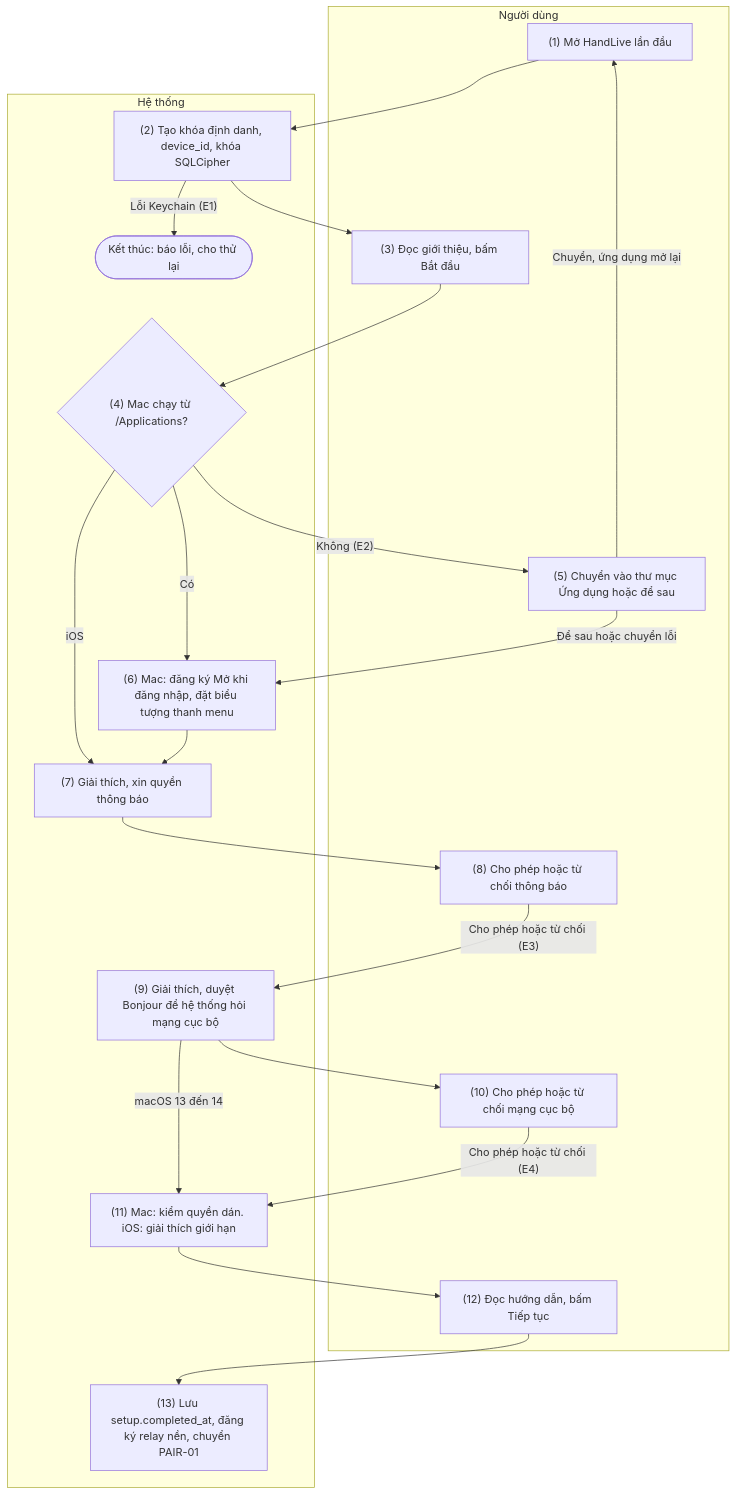
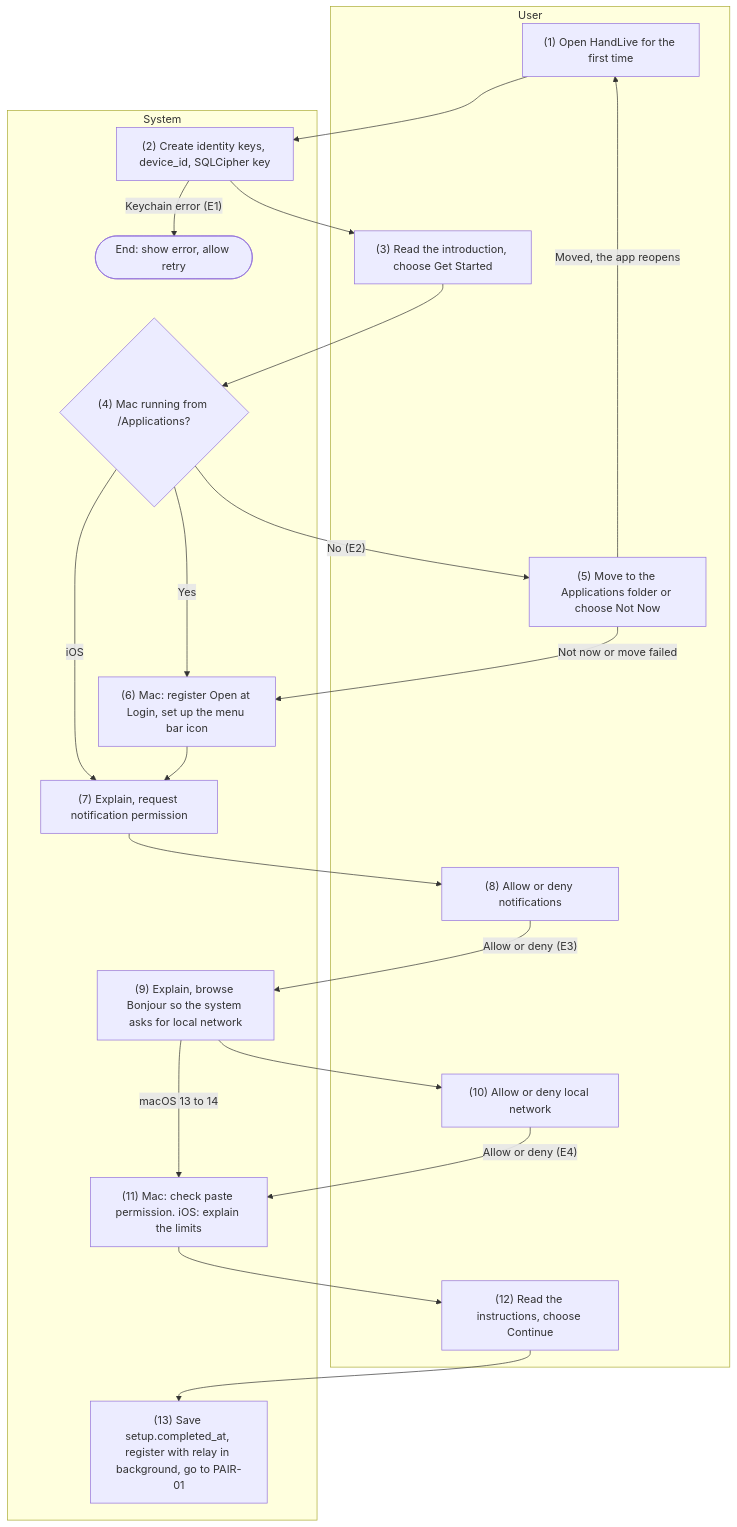
One commit to HandLive/handlive changed the third of 3 diagrams in docs/detailed-design/01-setup-settings.md. Above: the diagram before and after it, drawn with Mermaid. The commit also changed other lines of this file and 1 other file, not shown here.

Commit message:
docs: translate docs/detailed-design/01-setup-settings.md into English

````diff
--- a/docs/detailed-design/01-setup-settings.md
+++ b/docs/detailed-design/01-setup-settings.md
@@ -748,35 +773,35 @@
 ```mermaid
 flowchart TB
-  subgraph ND["Người dùng"]
-    U1["(1) Mở HandLive lần đầu"]
-    U3["(3) Đọc giới thiệu, bấm Bắt đầu"]
-    U5["(5) Chuyển vào thư mục Ứng dụng hoặc để sau"]
-    U8["(8) Cho phép hoặc từ chối thông báo"]
-    U10["(10) Cho phép hoặc từ chối mạng cục bộ"]
-    U12["(12) Đọc hướng dẫn, bấm Tiếp tục"]
+  subgraph ND["User"]
+    U1["(1) Open HandLive for the first time"]
+    U3["(3) Read the introduction, choose Get Started"]
+    U5["(5) Move to the Applications folder or choose Not Now"]
+    U8["(8) Allow or deny notifications"]
+    U10["(10) Allow or deny local network"]
+    U12["(12) Read the instructions, choose Continue"]
   end
-  subgraph HT["Hệ thống"]
-    S2["(2) Tạo khóa định danh, device_id, khóa SQLCipher"]
-    D4{"(4) Mac chạy từ /Applications?"}
-    S6["(6) Mac: đăng ký Mở khi đăng nhập, đặt biểu tượng thanh menu"]
-    S7["(7) Giải thích, xin quyền thông báo"]
-    S9["(9) Giải thích, duyệt Bonjour để hệ thống hỏi mạng cục bộ"]
-    S11["(11) Mac: kiểm quyền dán. iOS: giải thích giới hạn"]
-    S13["(13) Lưu setup.completed_at, đăng ký relay nền, chuyển PAIR-01"]
-    X1(["Kết thúc: báo lỗi, cho thử lại"])
+  subgraph HT["System"]
+    S2["(2) Create identity keys, device_id, SQLCipher key"]
+    D4{"(4) Mac running from /Applications?"}
+    S6["(6) Mac: register Open at Login, set up the menu bar icon"]
+    S7["(7) Explain, request notification permission"]
+    S9["(9) Explain, browse Bonjour so the system asks for local network"]
+    S11["(11) Mac: check paste permission. iOS: explain the limits"]
+    S13["(13) Save setup.completed_at, register with relay in background, go to PAIR-01"]
+    X1(["End: show error, allow retry"])
   end
   U1 --> S2
-  S2 -- "Lỗi Keychain (E1)" --> X1
+  S2 -- "Keychain error (E1)" --> X1
   S2 --> U3 --> D4
-  D4 -- "Có" --> S6
-  D4 -- "Không (E2)" --> U5
+  D4 -- "Yes" --> S6
+  D4 -- "No (E2)" --> U5
   D4 -- "iOS" --> S7
-  U5 -- "Để sau hoặc chuyển lỗi" --> S6
-  U5 -- "Chuyển, ứng dụng mở lại" --> U1
+  U5 -- "Not now or move failed" --> S6
+  U5 -- "Moved, the app reopens" --> U1
   S6 --> S7 --> U8
-  U8 -- "Cho phép hoặc từ chối (E3)" --> S9
-  S9 -- "macOS 13 đến 14" --> S11
+  U8 -- "Allow or deny (E3)" --> S9
+  S9 -- "macOS 13 to 14" --> S11
   S9 --> U10
-  U10 -- "Cho phép hoặc từ chối (E4)" --> S11
+  U10 -- "Allow or deny (E4)" --> S11
   S11 --> U12 --> S13
 ```
````
